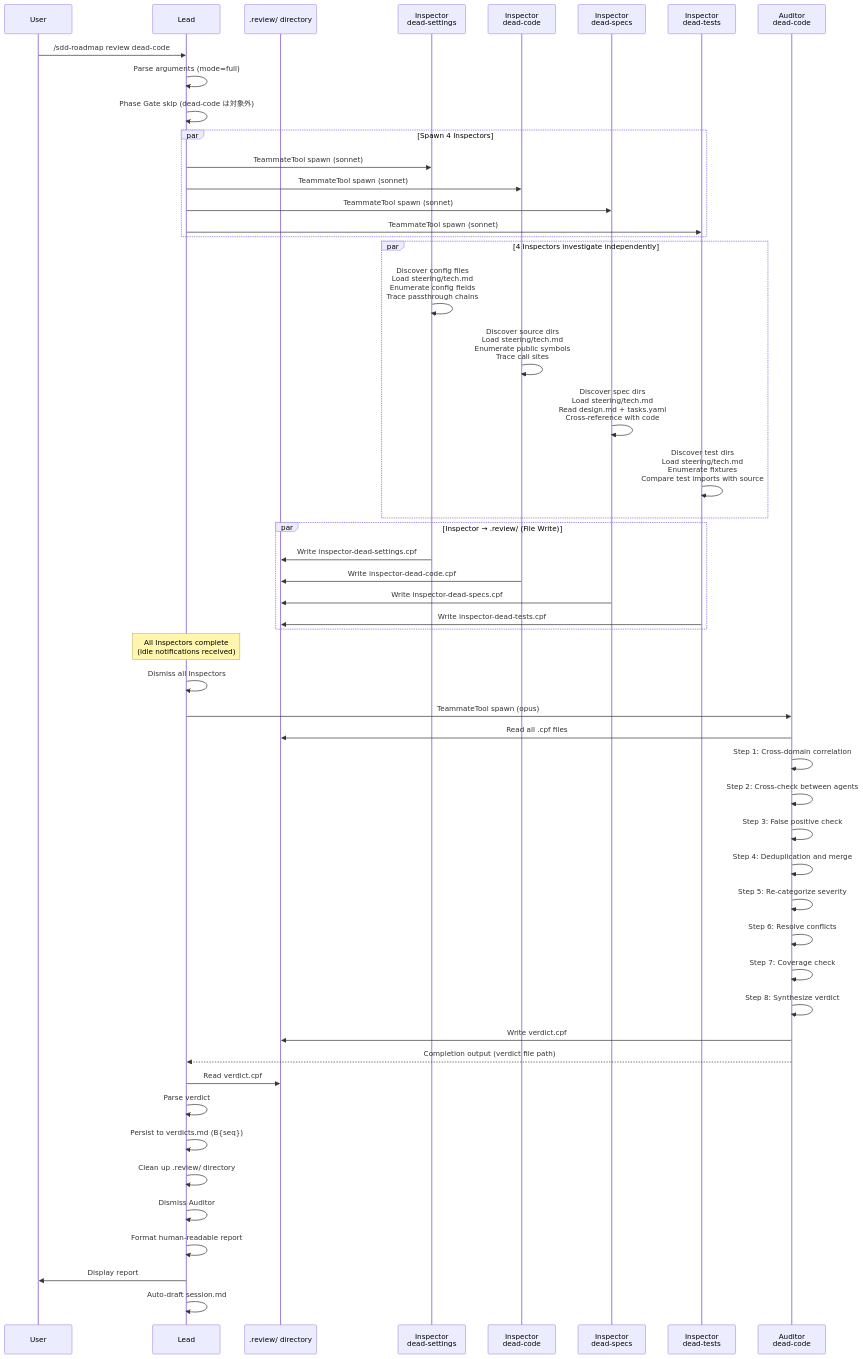
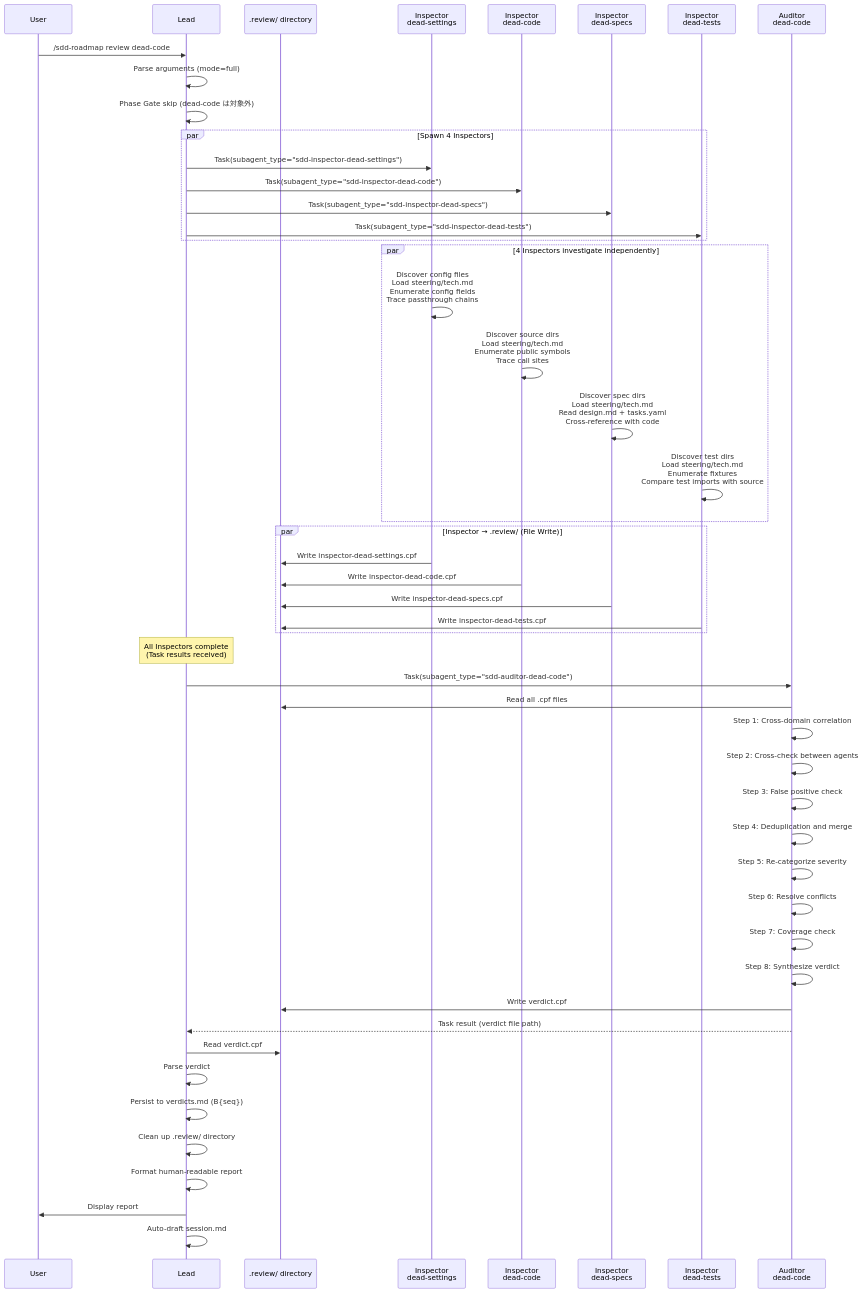
The first of 2 diagrams in .claude/sdd/project/specs/dead-code-review/design.md (sync-dev-org/sync-sdd), drawn with Mermaid before and after one commit. The commit also changed other lines of this file and 45 other files, not shown here.

First line of the commit message:
Migrate from Agent Teams to SubAgent architecture

````diff
--- a/.claude/sdd/project/specs/dead-code-review/design.md
+++ b/.claude/sdd/project/specs/dead-code-review/design.md
@@ -284,63 +284,61 @@
 ```mermaid
 sequenceDiagram
     participant User
     participant Lead
     participant RD as .review/ directory
     participant Settings as Inspector<br/>dead-settings
     participant Code as Inspector<br/>dead-code
     participant Specs as Inspector<br/>dead-specs
     participant Tests as Inspector<br/>dead-tests
     participant Auditor as Auditor<br/>dead-code
 
     User->>Lead: /sdd-roadmap review dead-code
     Lead->>Lead: Parse arguments (mode=full)
     Lead->>Lead: Phase Gate skip (dead-code は対象外)
 
     par Spawn 4 Inspectors
-        Lead->>Settings: TeammateTool spawn (sonnet)
-        Lead->>Code: TeammateTool spawn (sonnet)
-        Lead->>Specs: TeammateTool spawn (sonnet)
-        Lead->>Tests: TeammateTool spawn (sonnet)
+        Lead->>Settings: Task(subagent_type="sdd-inspector-dead-settings")
+        Lead->>Code: Task(subagent_type="sdd-inspector-dead-code")
+        Lead->>Specs: Task(subagent_type="sdd-inspector-dead-specs")
+        Lead->>Tests: Task(subagent_type="sdd-inspector-dead-tests")
     end
 
     par 4 Inspectors investigate independently
         Settings->>Settings: Discover config files<br/>Load steering/tech.md<br/>Enumerate config fields<br/>Trace passthrough chains
         Code->>Code: Discover source dirs<br/>Load steering/tech.md<br/>Enumerate public symbols<br/>Trace call sites
         Specs->>Specs: Discover spec dirs<br/>Load steering/tech.md<br/>Read design.md + tasks.yaml<br/>Cross-reference with code
         Tests->>Tests: Discover test dirs<br/>Load steering/tech.md<br/>Enumerate fixtures<br/>Compare test imports with source
     end
 
     par Inspector → .review/ (File Write)
         Settings->>RD: Write inspector-dead-settings.cpf
         Code->>RD: Write inspector-dead-code.cpf
         Specs->>RD: Write inspector-dead-specs.cpf
         Tests->>RD: Write inspector-dead-tests.cpf
     end
 
-    Note over Lead: All Inspectors complete<br/>(idle notifications received)
+    Note over Lead: All Inspectors complete<br/>(Task results received)
 
-    Lead->>Lead: Dismiss all Inspectors
-    Lead->>Auditor: TeammateTool spawn (opus)
+    Lead->>Auditor: Task(subagent_type="sdd-auditor-dead-code")
 
     Auditor->>RD: Read all .cpf files
     Auditor->>Auditor: Step 1: Cross-domain correlation
     Auditor->>Auditor: Step 2: Cross-check between agents
     Auditor->>Auditor: Step 3: False positive check
     Auditor->>Auditor: Step 4: Deduplication and merge
     Auditor->>Auditor: Step 5: Re-categorize severity
     Auditor->>Auditor: Step 6: Resolve conflicts
     Auditor->>Auditor: Step 7: Coverage check
     Auditor->>Auditor: Step 8: Synthesize verdict
     Auditor->>RD: Write verdict.cpf
 
-    Auditor-->>Lead: Completion output (verdict file path)
+    Auditor-->>Lead: Task result (verdict file path)
 
     Lead->>RD: Read verdict.cpf
     Lead->>Lead: Parse verdict
     Lead->>Lead: Persist to verdicts.md (B{seq})
     Lead->>Lead: Clean up .review/ directory
-    Lead->>Lead: Dismiss Auditor
     Lead->>Lead: Format human-readable report
     Lead->>User: Display report
     Lead->>Lead: Auto-draft session.md
 ```
````
